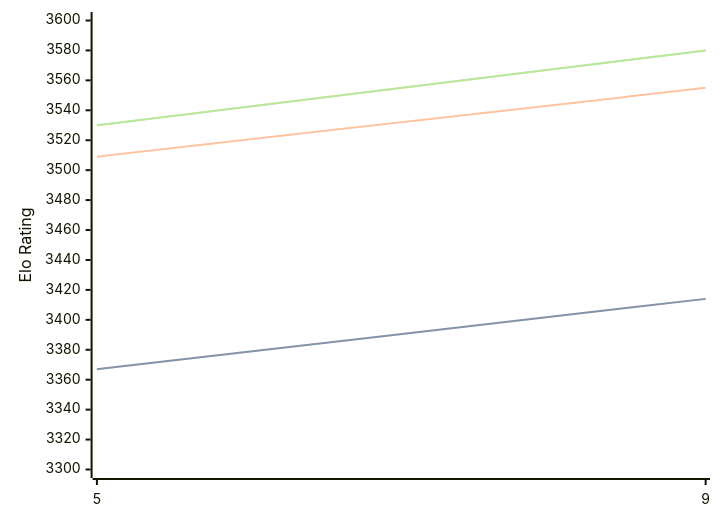
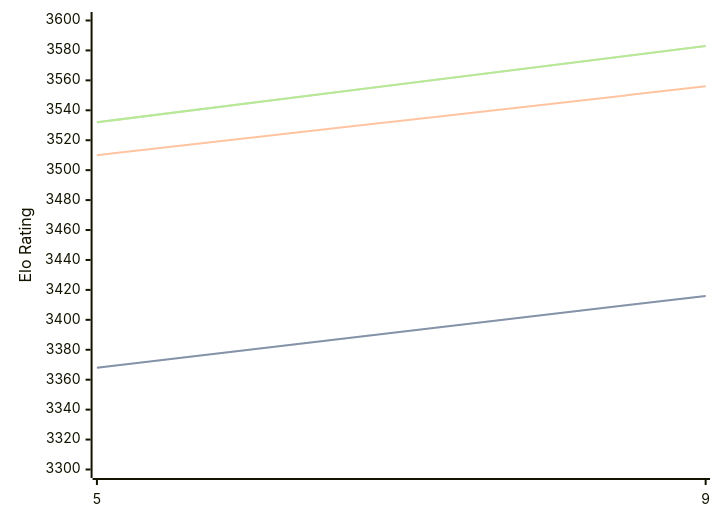
The diagram in engines/Crystal.md (computer-chess-index/cci), drawn with Mermaid before and after one commit. The commit also changed other lines of this file, not shown here.

Commit message:
Update CCI Ratings (ELO VLTC) - 2026-08-15

````diff
--- a/engines/Crystal.md
+++ b/engines/Crystal.md
@@ -32,11 +32,11 @@
 ```mermaid
 %%{init: {"theme":"base","themeVariables":{"seriesColors:['#a3a3a3','#222221','#faa371']}}}%%
 xychart-beta
   x-axis ["5", "9"]
   y-axis "Elo Rating" 3300 --> 3600
-  line "STC (8.0+0.08s)" [3367, 3414]
-  line "STC (8.0+0.08s)" [3367, 3414]
-  line "LTC (60.0+0.60s)" [3509, 3555]
-  line "VLTC (2m24s+1.12s)" [3530, 3580]
-  line "VLTC (2m24s+1.12s)" [3530, 3580]
+  line "STC (8.0+0.08s)" [3368, 3416]
+  line "STC (8.0+0.08s)" [3368, 3416]
+  line "LTC (60.0+0.60s)" [3510, 3556]
+  line "VLTC (2m24s+1.12s)" [3532, 3583]
+  line "VLTC (2m24s+1.12s)" [3532, 3583]
 ```
````
